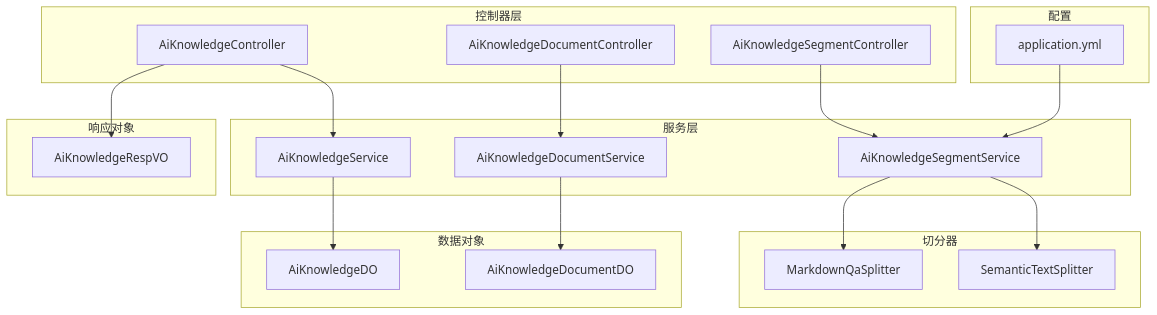
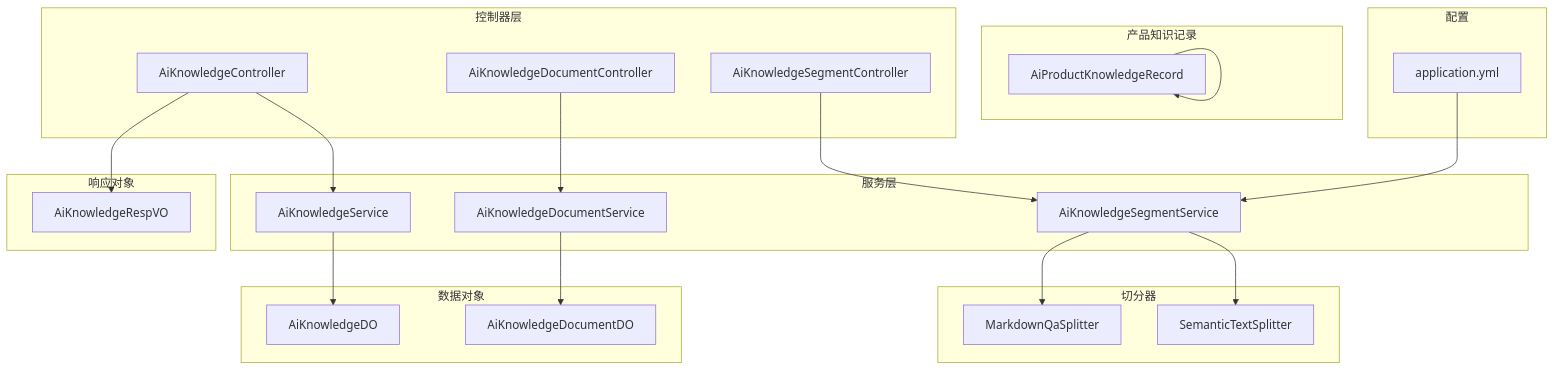
Before and after one commit to X555LB/data-ai: the first of 9 diagrams in .qoder/repowiki/zh/content/知识库管理系统/知识库管理系统.md, drawn with Mermaid. The commit also changed other lines of this file and 11 other files, not shown here.

````diff
--- a/.qoder/repowiki/zh/content/知识库管理系统/知识库管理系统.md
+++ b/.qoder/repowiki/zh/content/知识库管理系统/知识库管理系统.md
@@ -53,36 +59,40 @@
 ```mermaid
 graph TB
 subgraph "控制器层"
 KCtrl["AiKnowledgeController"]
 DCtrl["AiKnowledgeDocumentController"]
 SCtrl["AiKnowledgeSegmentController"]
 end
 subgraph "服务层"
 KSvc["AiKnowledgeService"]
 DSvc["AiKnowledgeDocumentService"]
 SSvc["AiKnowledgeSegmentService"]
+end
+subgraph "产品知识记录"
+PR["AiProductKnowledgeRecord"]
 end
 subgraph "切分器"
 MDS["MarkdownQaSplitter"]
 SDS["SemanticTextSplitter"]
 end
 subgraph "数据对象"
 KDO["AiKnowledgeDO"]
 DDO["AiKnowledgeDocumentDO"]
 end
 subgraph "响应对象"
 KResp["AiKnowledgeRespVO"]
 end
 subgraph "配置"
 CFG["application.yml"]
 end
 KCtrl --> KSvc
 DCtrl --> DSvc
 SCtrl --> SSvc
+PR --> PR
 SSvc --> MDS
 SSvc --> SDS
 KSvc --> KDO
 DSvc --> DDO
 KCtrl --> KResp
 CFG --> SSvc
 ```
````
